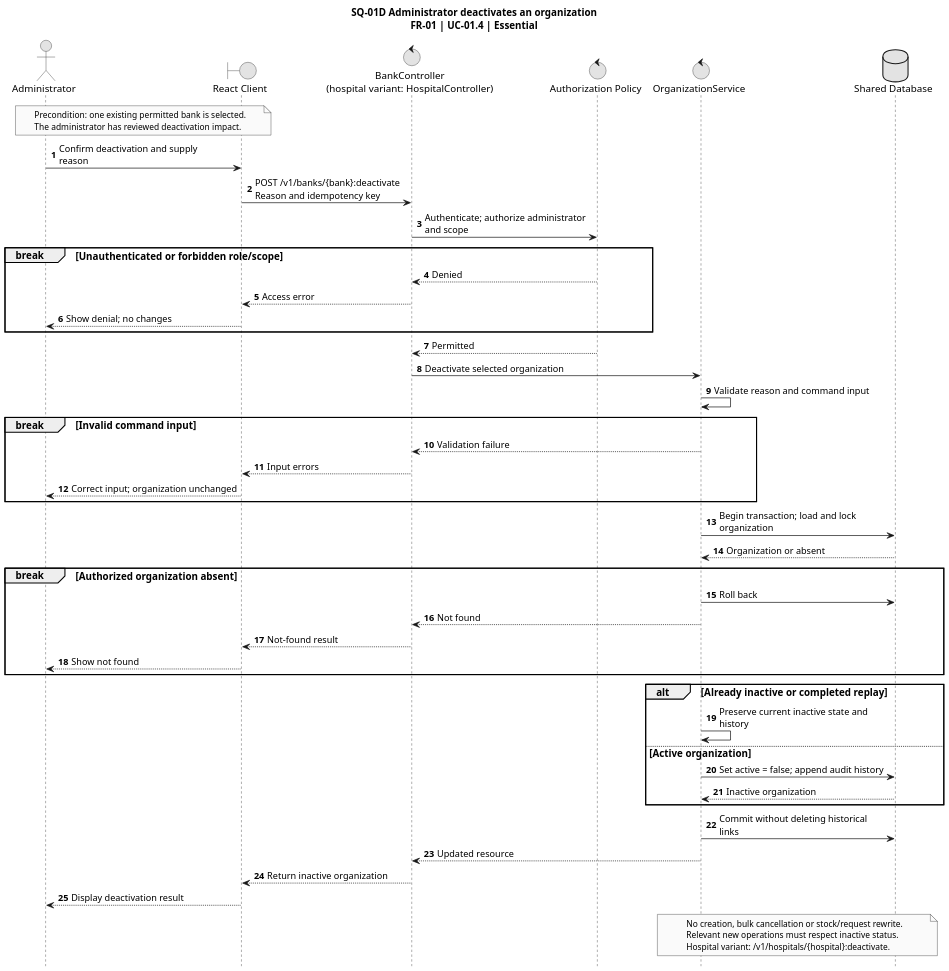
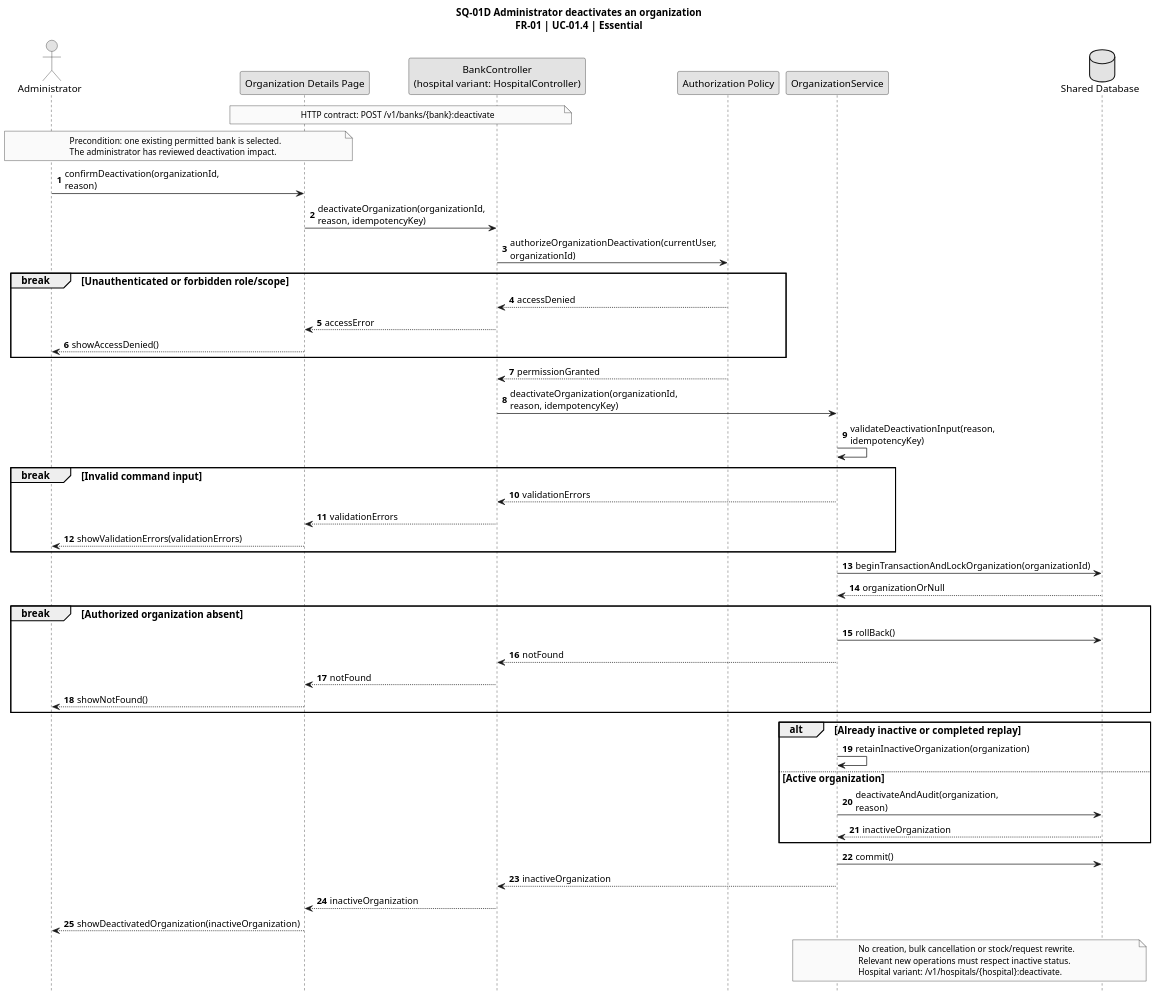
Before and after one commit to TitanDevX/BloodBankPlatformUni: the sixth of 16 diagrams in docs/uml/PlantUML-Sources.md, drawn with PlantUML. The commit also changed other lines of this file and 17 other files, not shown here.

````diff
--- a/docs/uml/PlantUML-Sources.md
+++ b/docs/uml/PlantUML-Sources.md
@@ -303,64 +312,67 @@
 ```plantuml
 @startuml SQ01D_Deactivate
 title SQ-01D Administrator deactivates an organization\nFR-01 | UC-01.4 | Essential
 skinparam monochrome true
 skinparam shadowing false
 skinparam defaultFontName Arial
 skinparam defaultFontSize 14
 skinparam ArrowFontSize 13
 skinparam noteFontSize 12
 skinparam dpi 140
 hide footbox
 skinparam maxMessageSize 240
 autonumber
 actor Administrator as Admin
-boundary "React Client" as Client
-control "BankController\n(hospital variant: HospitalController)" as Ctrl
-control "Authorization Policy" as Policy
-control "OrganizationService" as Svc
+participant "Organization Details Page" as Client
+participant "BankController\n(hospital variant: HospitalController)" as Ctrl
+participant "Authorization Policy" as Policy
+participant "OrganizationService" as Svc
 database "Shared Database" as DB
+note over Client, Ctrl
+ HTTP contract: POST /v1/banks/{bank}:deactivate
+end note
 note over Admin, Client
  Precondition: one existing permitted bank is selected.
  The administrator has reviewed deactivation impact.
 end note
-Admin -> Client: Confirm deactivation and supply reason
-Client -> Ctrl: POST /v1/banks/{bank}:deactivate\nReason and idempotency key
-Ctrl -> Policy: Authenticate; authorize administrator and scope
+Admin -> Client: confirmDeactivation(organizationId, reason)
+Client -> Ctrl: deactivateOrganization(organizationId, reason, idempotencyKey)
+Ctrl -> Policy: authorizeOrganizationDeactivation(currentUser, organizationId)
 break Unauthenticated or forbidden role/scope
- Policy --> Ctrl: Denied
- Ctrl --> Client: Access error
- Client --> Admin: Show denial; no changes
+ Policy --> Ctrl: accessDenied
+ Ctrl --> Client: accessError
+ Client --> Admin: showAccessDenied()
 end
-Policy --> Ctrl: Permitted
-Ctrl -> Svc: Deactivate selected organization
-Svc -> Svc: Validate reason and command input
+Policy --> Ctrl: permissionGranted
+Ctrl -> Svc: deactivateOrganization(organizationId, reason, idempotencyKey)
+Svc -> Svc: validateDeactivationInput(reason, idempotencyKey)
 break Invalid command input
- Svc --> Ctrl: Validation failure
- Ctrl --> Client: Input errors
- Client --> Admin: Correct input; organization unchanged
+ Svc --> Ctrl: validationErrors
+ Ctrl --> Client: validationErrors
+ Client --> Admin: showValidationErrors(validationErrors)
 end
-Svc -> DB: Begin transaction; load and lock organization
-DB --> Svc: Organization or absent
+Svc -> DB: beginTransactionAndLockOrganization(organizationId)
+DB --> Svc: organizationOrNull
 break Authorized organization absent
- Svc -> DB: Roll back
- Svc --> Ctrl: Not found
- Ctrl --> Client: Not-found result
- Client --> Admin: Show not found
+ Svc -> DB: rollBack()
+ Svc --> Ctrl: notFound
+ Ctrl --> Client: notFound
+ Client --> Admin: showNotFound()
 end
 alt Already inactive or completed replay
- Svc -> Svc: Preserve current inactive state and history
+ Svc -> Svc: retainInactiveOrganization(organization)
 else Active organization
- Svc -> DB: Set active = false; append audit history
- DB --> Svc: Inactive organization
+ Svc -> DB: deactivateAndAudit(organization, reason)
+ DB --> Svc: inactiveOrganization
 end
-Svc -> DB: Commit without deleting historical links
-Svc --> Ctrl: Updated resource
-Ctrl --> Client: Return inactive organization
-Client --> Admin: Display deactivation result
+Svc -> DB: commit()
+Svc --> Ctrl: inactiveOrganization
+Ctrl --> Client: inactiveOrganization
+Client --> Admin: showDeactivatedOrganization(inactiveOrganization)
 note over Svc, DB
  No creation, bulk cancellation or stock/request rewrite.
  Relevant new operations must respect inactive status.
  Hospital variant: /v1/hospitals/{hospital}:deactivate.
 end note
 @enduml
 ```
````
